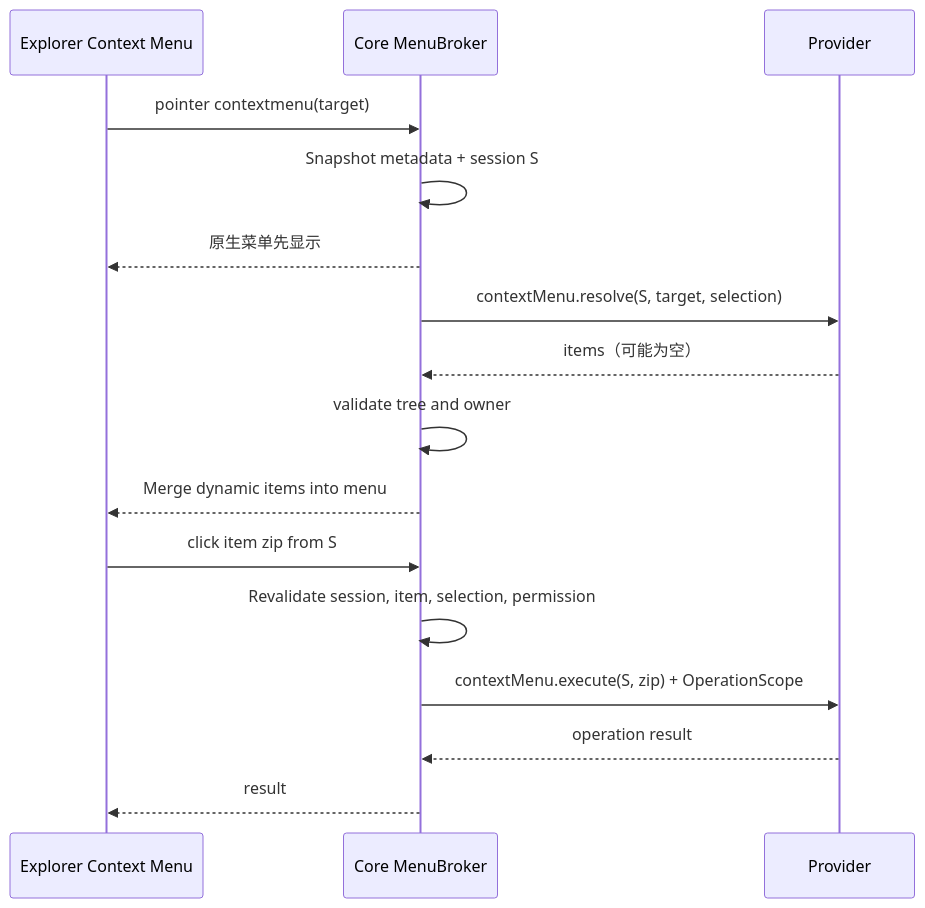
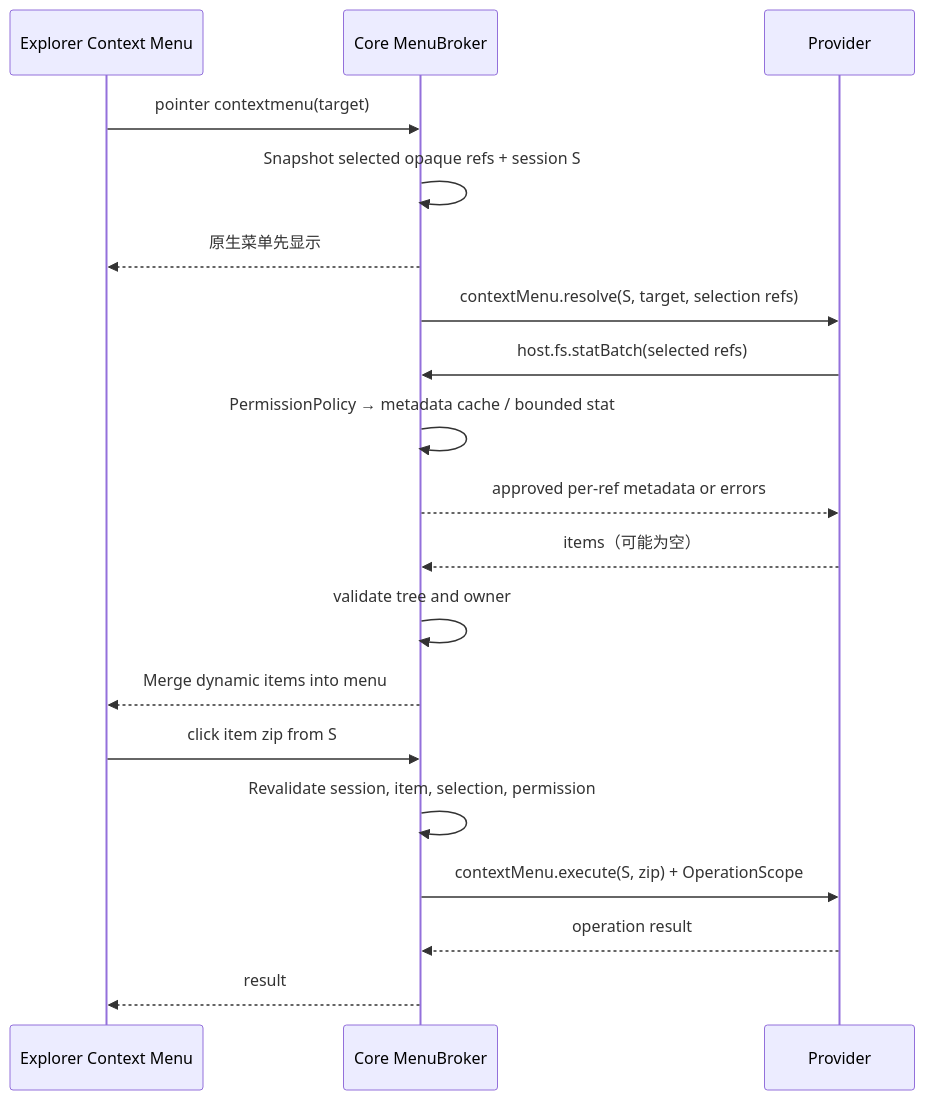
One commit to kevinhuang001/fiex changed the second of 3 diagrams in docs/plugins/03-IPC-CATALOG.md. Above: the diagram before and after it, drawn with Mermaid. The commit also changed other lines of this file and 6 other files, not shown here.

Commit message:
docs: optimize scoped context menu metadata IPC with batching and cache

````diff
--- a/docs/plugins/03-IPC-CATALOG.md
+++ b/docs/plugins/03-IPC-CATALOG.md
@@ -121,18 +121,21 @@
 ```mermaid
 sequenceDiagram
   participant UI as Explorer Context Menu
   participant C as Core MenuBroker
   participant P as Provider
   UI->>C: pointer contextmenu(target)
-  C->>C: Snapshot metadata + session S
+  C->>C: Snapshot selected opaque refs + session S
   C-->>UI: 原生菜单先显示
-  C->>P: contextMenu.resolve(S, target, selection)
+  C->>P: contextMenu.resolve(S, target, selection refs)
+  P->>C: host.fs.statBatch(selected refs)
+  C->>C: PermissionPolicy → metadata cache / bounded stat
+  C-->>P: approved per-ref metadata or errors
   P-->>C: items（可能为空）
   C->>C: validate tree and owner
   C-->>UI: Merge dynamic items into menu
   UI->>C: click item zip from S
   C->>C: Revalidate session, item, selection, permission
   C->>P: contextMenu.execute(S, zip) + OperationScope
   P-->>C: operation result
   C-->>UI: result
 ```
````
